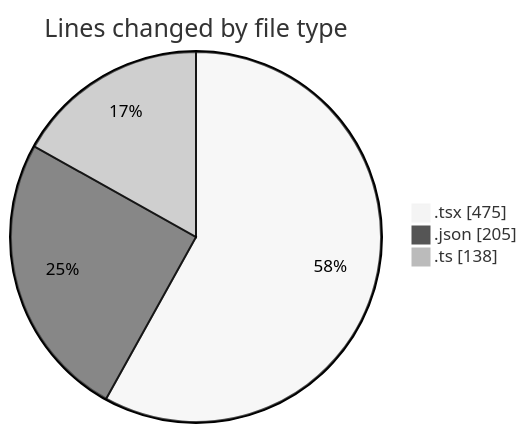
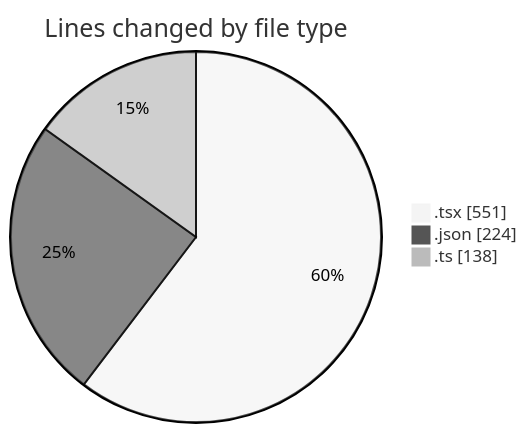
One commit to Elitesun/code-tracking changed the first of 2 diagrams in 2025-04-30/niten/README.md. Above: the diagram before and after it, drawn with Mermaid (neutral theme). The commit also changed other lines of this file and 1 other file, not shown here.

````diff
--- a/2025-04-30/niten/README.md
+++ b/2025-04-30/niten/README.md
@@ -35,7 +38,7 @@
 ```mermaid
 pie showData
 title Lines changed by file type
-".tsx" : 475
-".json" : 205
+".tsx" : 551
+".json" : 224
 ".ts" : 138
 ```
````
